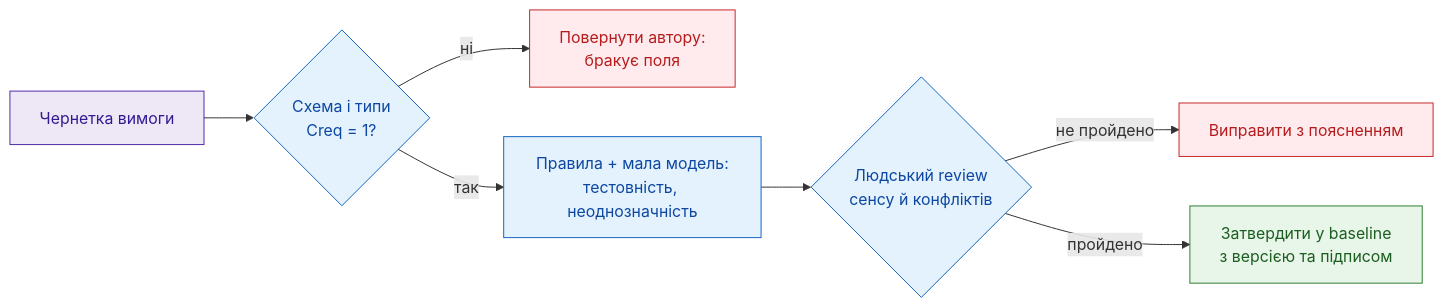
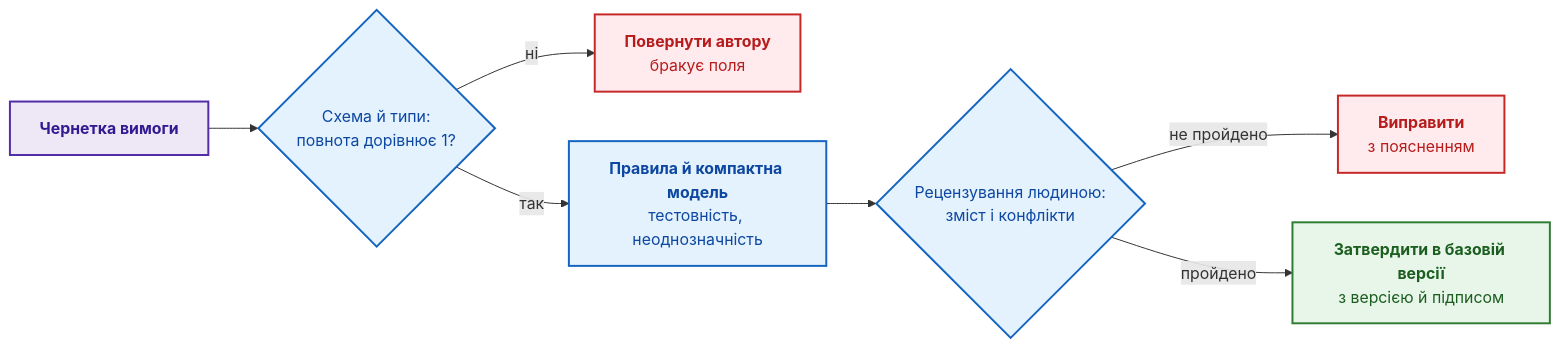
One commit to nick-fedchik/articles changed the second of 9 diagrams in ExpertSystem/ch08-engineering-artifacts-as-data.md. Above: the diagram before and after it, drawn with Mermaid. The commit also changed other lines of this file, not shown here.

````diff
--- a/ExpertSystem/ch08-engineering-artifacts-as-data.md
+++ b/ExpertSystem/ch08-engineering-artifacts-as-data.md
@@ -128,22 +113,22 @@
 ```mermaid
 flowchart LR
     accTitle: Контрольні точки якості вимог
-    accDescr: Конвеєр перевірки вимоги через валідацію схеми, правила та малу модель до людського рецензування та фіксації у базовій версії.
+    accDescr: Чернетка вимоги проходить перевірку схеми, правила й компактну модель, рецензування людиною і лише після цього потрапляє до базової версії.
 
-    Draft["Чернетка вимоги"] --> Schema{"Схема і типи<br/>Creq = 1?"}
-    Schema -->|ні| Fix1["Повернути автору:<br/>бракує поля"]
-    Schema -->|так| Rules["Правила + мала модель:<br/>тестовність, неоднозначність"]
-    Rules --> Review{"Людський review<br/>сенсу й конфліктів"}
-    Review -->|не пройдено| Fix2["Виправити з поясненням"]
-    Review -->|пройдено| Baseline["Затвердити у baseline<br/>з версією та підписом"]
+    Draft["<b>Чернетка вимоги</b>"] --> Schema{"Схема й типи:<br/>повнота дорівнює 1?"}
+    Schema -->|"ні"| Fix1["<b>Повернути автору</b><br/>бракує поля"]
+    Schema -->|"так"| Rules["<b>Правила й компактна модель</b><br/>тестовність, неоднозначність"]
+    Rules --> Review{"Рецензування людиною:<br/>зміст і конфлікти"}
+    Review -->|"не пройдено"| Fix2["<b>Виправити</b><br/>з поясненням"]
+    Review -->|"пройдено"| Baseline["<b>Затвердити в базовій версії</b><br/>з версією й підписом"]
 
-    classDef draft fill:#ede7f6,stroke:#512da8,color:#311b92;
-    classDef check fill:#e3f2fd,stroke:#1565c0,color:#0d47a1;
-    classDef fix fill:#ffebee,stroke:#c62828,color:#b71c1c;
-    classDef pass fill:#e8f5e9,stroke:#2e7d32,color:#1b5e20;
+    classDef draft fill:#ede7f6,stroke:#512da8,stroke-width:2px,color:#311b92;
+    classDef check fill:#e3f2fd,stroke:#1565c0,stroke-width:2px,color:#0d47a1;
+    classDef fix fill:#ffebee,stroke:#c62828,stroke-width:2px,color:#b71c1c;
+    classDef pass fill:#e8f5e9,stroke:#2e7d32,stroke-width:2px,color:#1b5e20;
 
     class Draft draft;
     class Schema,Rules,Review check;
     class Fix1,Fix2 fix;
     class Baseline pass;
 ```
````
